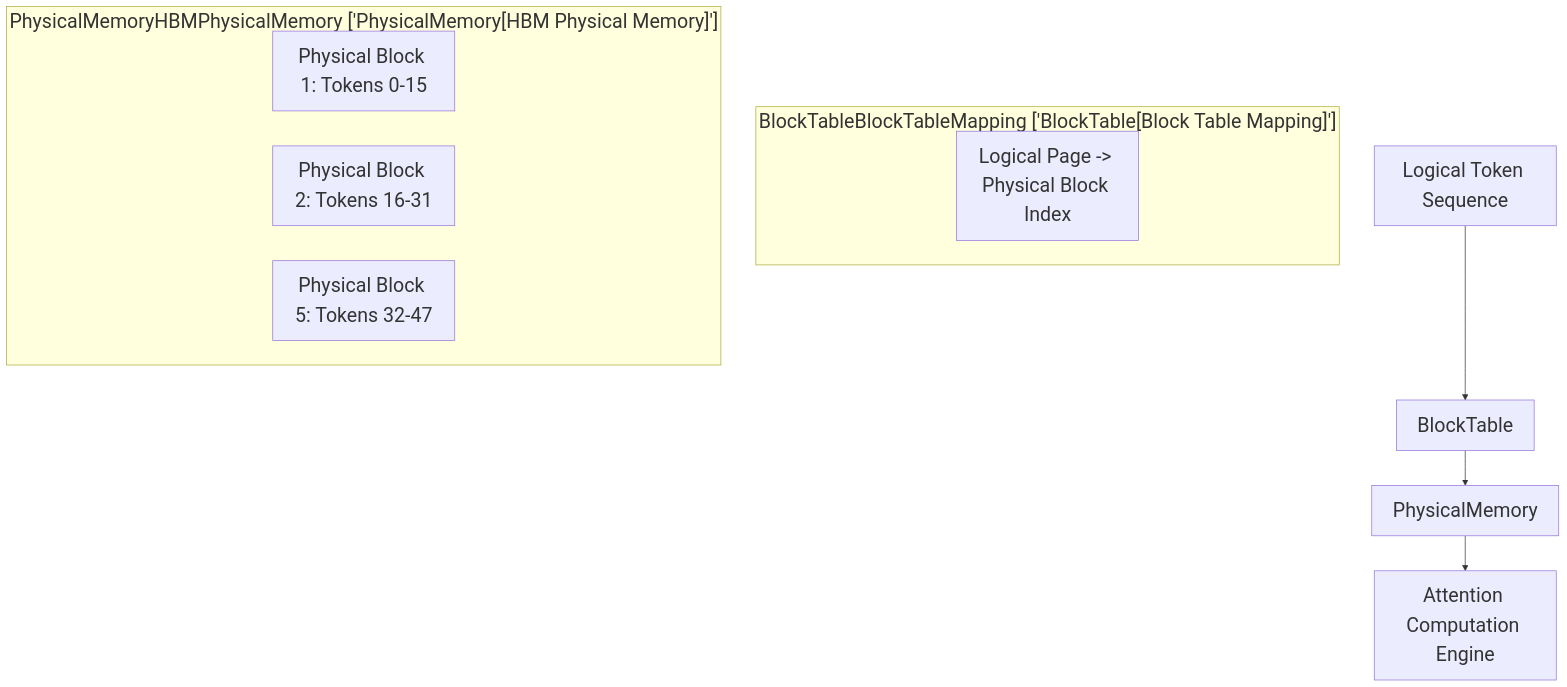
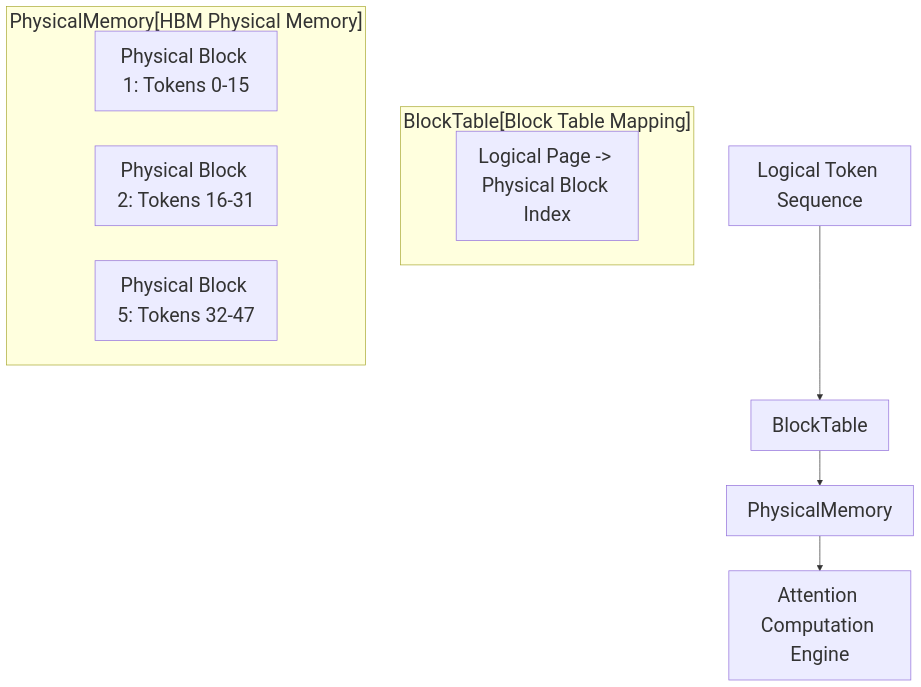
One commit to j4flmao/agent-skills changed the diagram in skills/hardware-acceleration/paged-attention/SKILL.md. Above: the diagram before and after it, drawn with Mermaid. The commit also changed 38 other files, not shown here.

Commit message:
style(skills): Add padding to Mermaid subgraphs to prevent label overlap with nodes

````diff
--- a/skills/hardware-acceleration/paged-attention/SKILL.md
+++ b/skills/hardware-acceleration/paged-attention/SKILL.md
@@ -24,18 +24,18 @@
 ```mermaid
 %%{init: {"theme": "default", "themeVariables": {"fontSize": "28px"}, "flowchart": {"useMaxWidth": false}}}%%
 flowchart TD
     LogicalSeq[Logical Token Sequence]
-    subgraph BlockTableBlockTableMappingBlockTableBlockTableMapping ["BlockTableBlockTableMapping ['BlockTable[Block Table Mapping]']"]
+    subgraph BlockTableBlockTableMappingBlockTableBlockTableMapping ["BlockTable[Block Table Mapping]<br/>"]
         LogicalToPhysical[Logical Page -> Physical Block Index]
     end
-    subgraph PhysicalMemoryHBMPhysicalMemoryPhysicalMemoryHBMPhysicalMemory ["PhysicalMemoryHBMPhysicalMemory ['PhysicalMemory[HBM Physical Memory]']"]
+    subgraph PhysicalMemoryHBMPhysicalMemoryPhysicalMemoryHBMPhysicalMemory ["PhysicalMemory[HBM Physical Memory]<br/>"]
         Block1[Physical Block 1: Tokens 0-15]
         Block2[Physical Block 2: Tokens 16-31]
         Block5[Physical Block 5: Tokens 32-47]
     end
     AttentionEngine[Attention Computation Engine]
 
     LogicalSeq --> BlockTable
     BlockTable --> PhysicalMemory
     PhysicalMemory --> AttentionEngine
 ```
````
